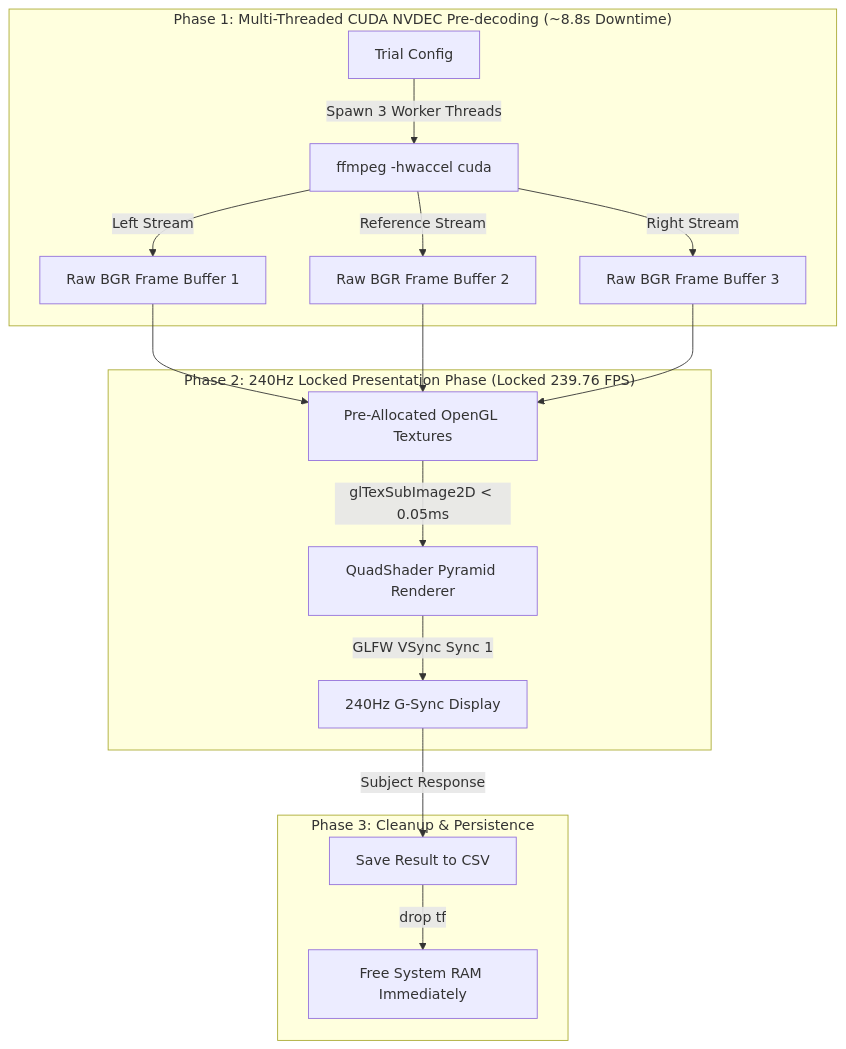
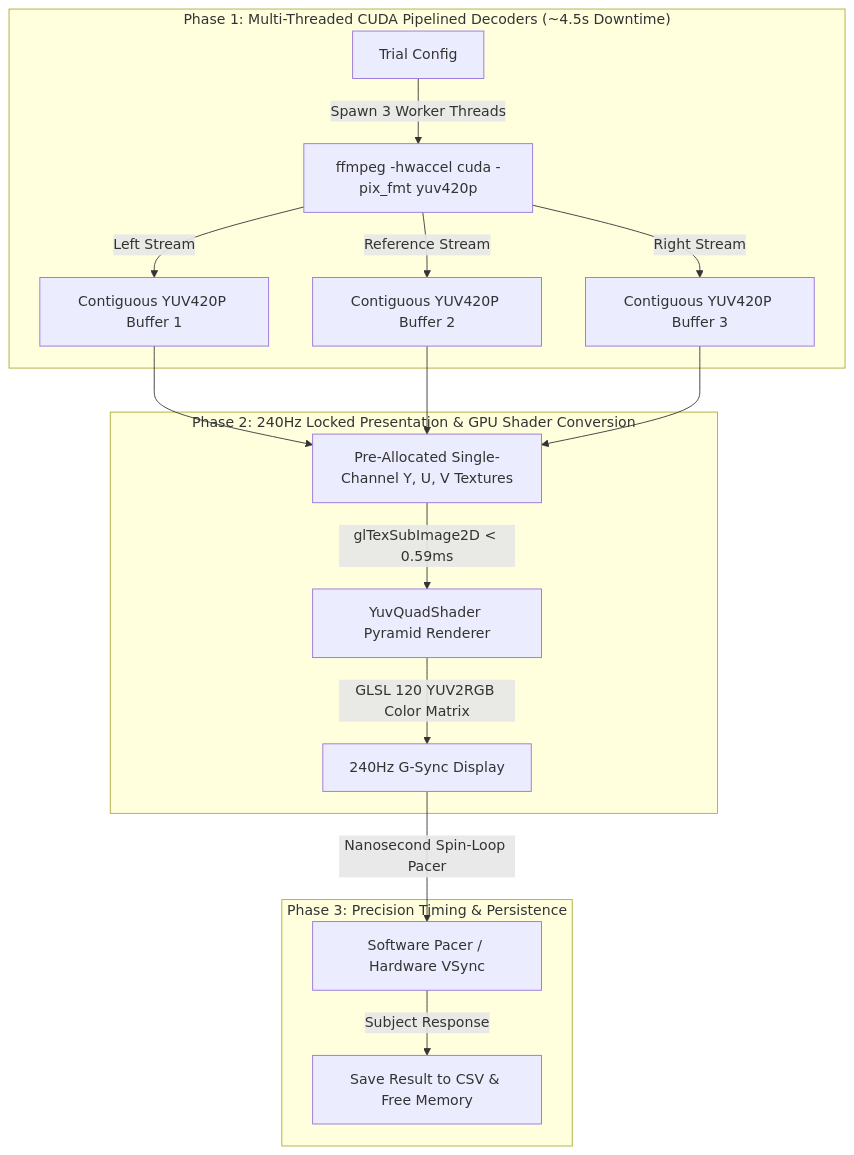
One commit to Jorgvt/videoplayer changed the diagram in SYSTEM_ARCHITECTURE_240HZ.md. Above: the diagram before and after it, drawn with Mermaid. The commit also changed other lines of this file and 11 other files, not shown here.

````diff
--- a/SYSTEM_ARCHITECTURE_240HZ.md
+++ b/SYSTEM_ARCHITECTURE_240HZ.md
@@ -20,20 +22,20 @@
 ```mermaid
 flowchart TD
-    subgraph Phase1["Phase 1: Multi-Threaded CUDA NVDEC Pre-decoding (~8.8s Downtime)"]
-        A[Trial Config] -->|Spawn 3 Worker Threads| B[ffmpeg -hwaccel cuda]
-        B -->|Left Stream| C1[Raw BGR Frame Buffer 1]
-        B -->|Reference Stream| C2[Raw BGR Frame Buffer 2]
-        B -->|Right Stream| C3[Raw BGR Frame Buffer 3]
+    subgraph Phase1["Phase 1: Multi-Threaded CUDA Pipelined Decoders (~4.5s Downtime)"]
+        A[Trial Config] -->|Spawn 3 Worker Threads| B[ffmpeg -hwaccel cuda -pix_fmt yuv420p]
+        B -->|Left Stream| C1[Contiguous YUV420P Buffer 1]
+        B -->|Reference Stream| C2[Contiguous YUV420P Buffer 2]
+        B -->|Right Stream| C3[Contiguous YUV420P Buffer 3]
     end
 
-    subgraph Phase2["Phase 2: 240Hz Locked Presentation Phase (Locked 239.76 FPS)"]
-        C1 & C2 & C3 --> D[Pre-Allocated OpenGL Textures]
-        D -->|glTexSubImage2D < 0.05ms| E[QuadShader Pyramid Renderer]
-        E -->|GLFW VSync Sync 1| F[240Hz G-Sync Display]
+    subgraph Phase2["Phase 2: 240Hz Locked Presentation & GPU Shader Conversion"]
+        C1 & C2 & C3 --> D[Pre-Allocated Single-Channel Y, U, V Textures]
+        D -->|glTexSubImage2D < 0.59ms| E[YuvQuadShader Pyramid Renderer]
+        E -->|GLSL 120 YUV2RGB Color Matrix| F[240Hz G-Sync Display]
     end
 
-    subgraph Phase3["Phase 3: Cleanup & Persistence"]
-        F -->|Subject Response| G[Save Result to CSV]
-        G -->|drop tf| H[Free System RAM Immediately]
+    subgraph Phase3["Phase 3: Precision Timing & Persistence"]
+        F -->|Nanosecond Spin-Loop Pacer| G[Software Pacer / Hardware VSync]
+        G -->|Subject Response| H[Save Result to CSV & Free Memory]
     end
 ```
````
